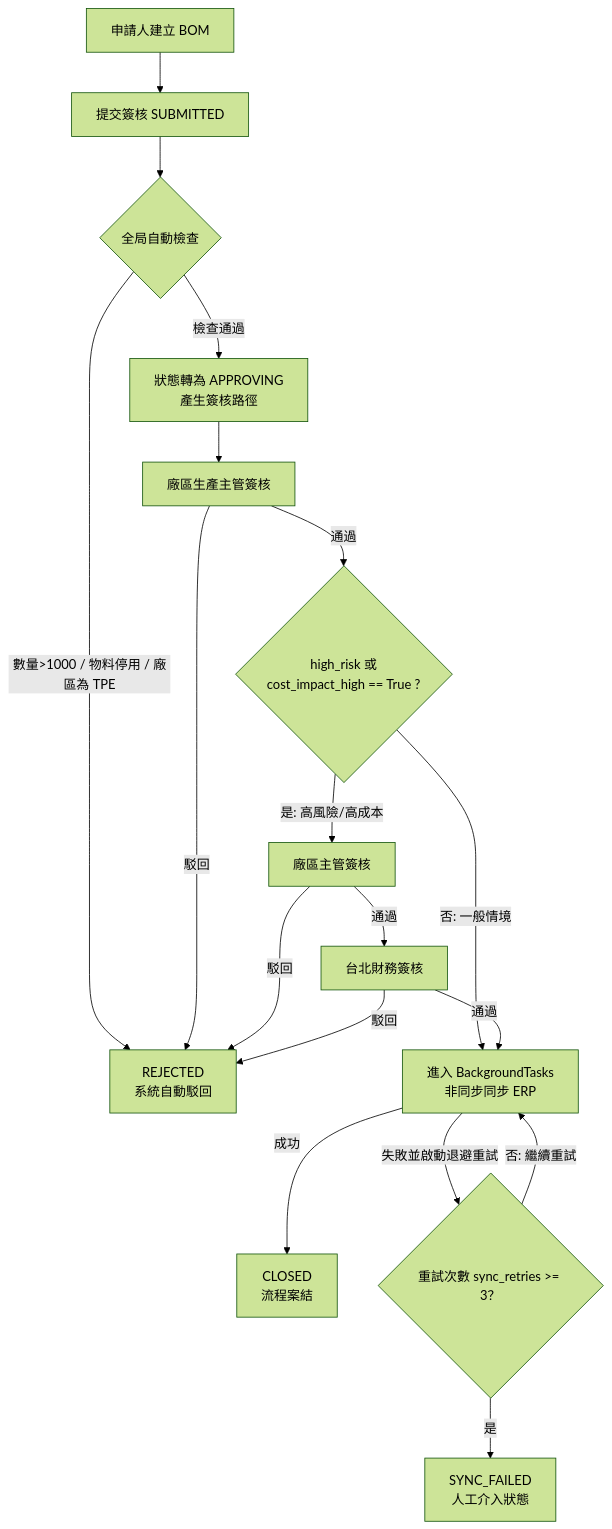
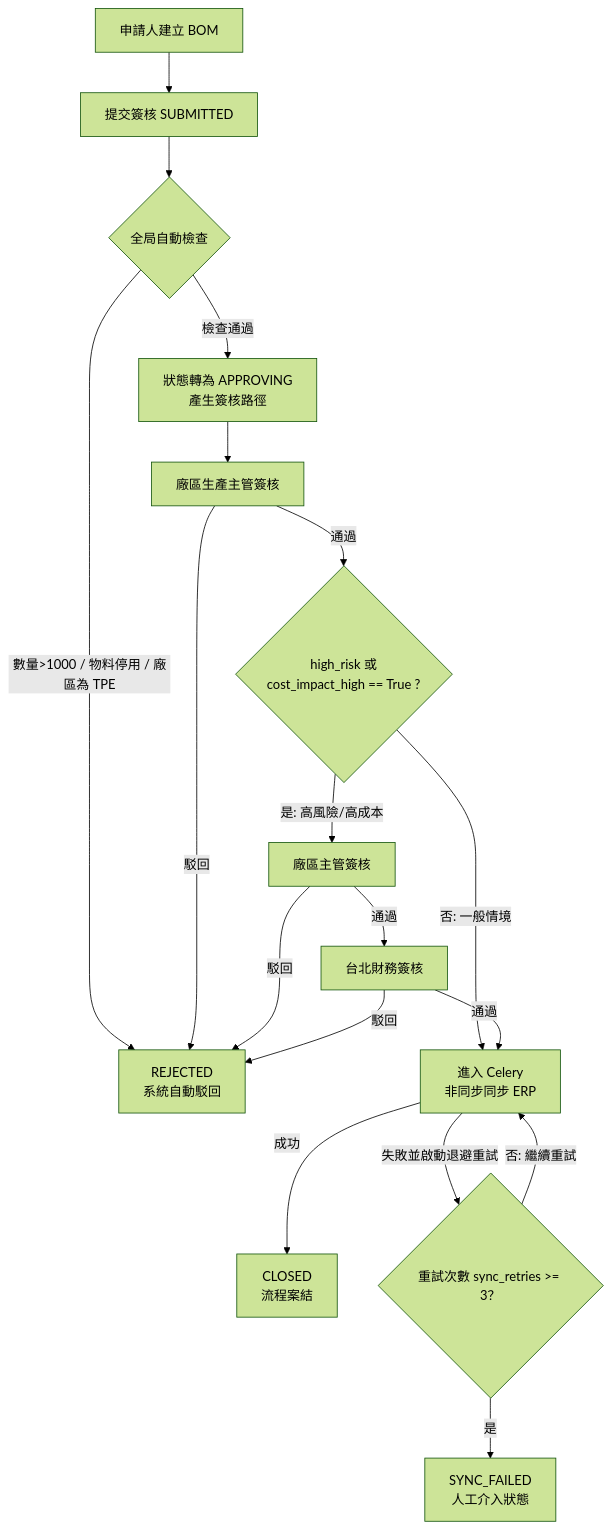
The first of 11 diagrams in docs/SA.md (Kailunlin/SignOffSystem), drawn with Mermaid (forest theme) before and after one commit. The commit also changed 61 other files, not shown here.

````diff
--- a/docs/SA.md
+++ b/docs/SA.md
@@ -139,20 +139,20 @@
 ```mermaid
 graph TD
     A[申請人建立 BOM] --> B[提交簽核 SUBMITTED]
     B --> C{全局自動檢查}
     C -->|數量>1000 / 物料停用 / 廠區為 TPE| R[REJECTED <br>系統自動駁回]
     C -->|檢查通過| M[狀態轉為 APPROVING <br>產生簽核路徑]
     M --> E[廠區生產主管簽核]
     E -->|駁回| R
     E -->|通過| F{high_risk 或 <br>cost_impact_high == True ?}
-    F -->|否: 一般情境| H[進入 BackgroundTasks<br>非同步同步 ERP]
+    F -->|否: 一般情境| H[進入 Celery<br>非同步同步 ERP]
     F -->|是: 高風險/高成本| FS[廠區主管簽核]
     FS -->|駁回| R
     FS -->|通過| G[台北財務簽核]
     G -->|駁回| R
     G -->|通過| H
     H -->|成功| I[CLOSED <br>流程案結]
     H -->|失敗並啟動退避重試| J{重試次數 sync_retries >= 3？}
     J -->|否: 繼續重試| H
     J -->|是| K[SYNC_FAILED <br>人工介入狀態]
 ```
````
